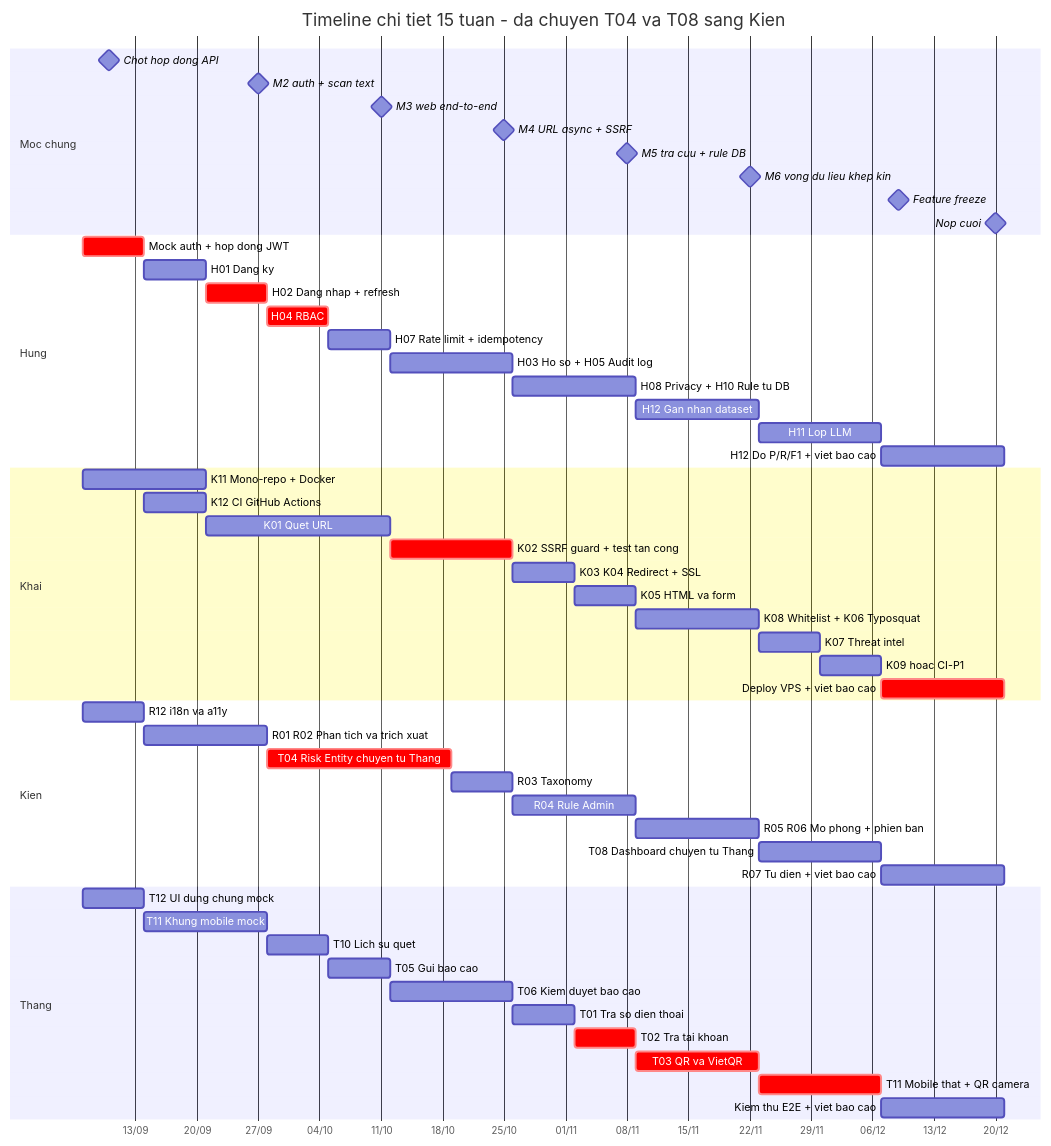
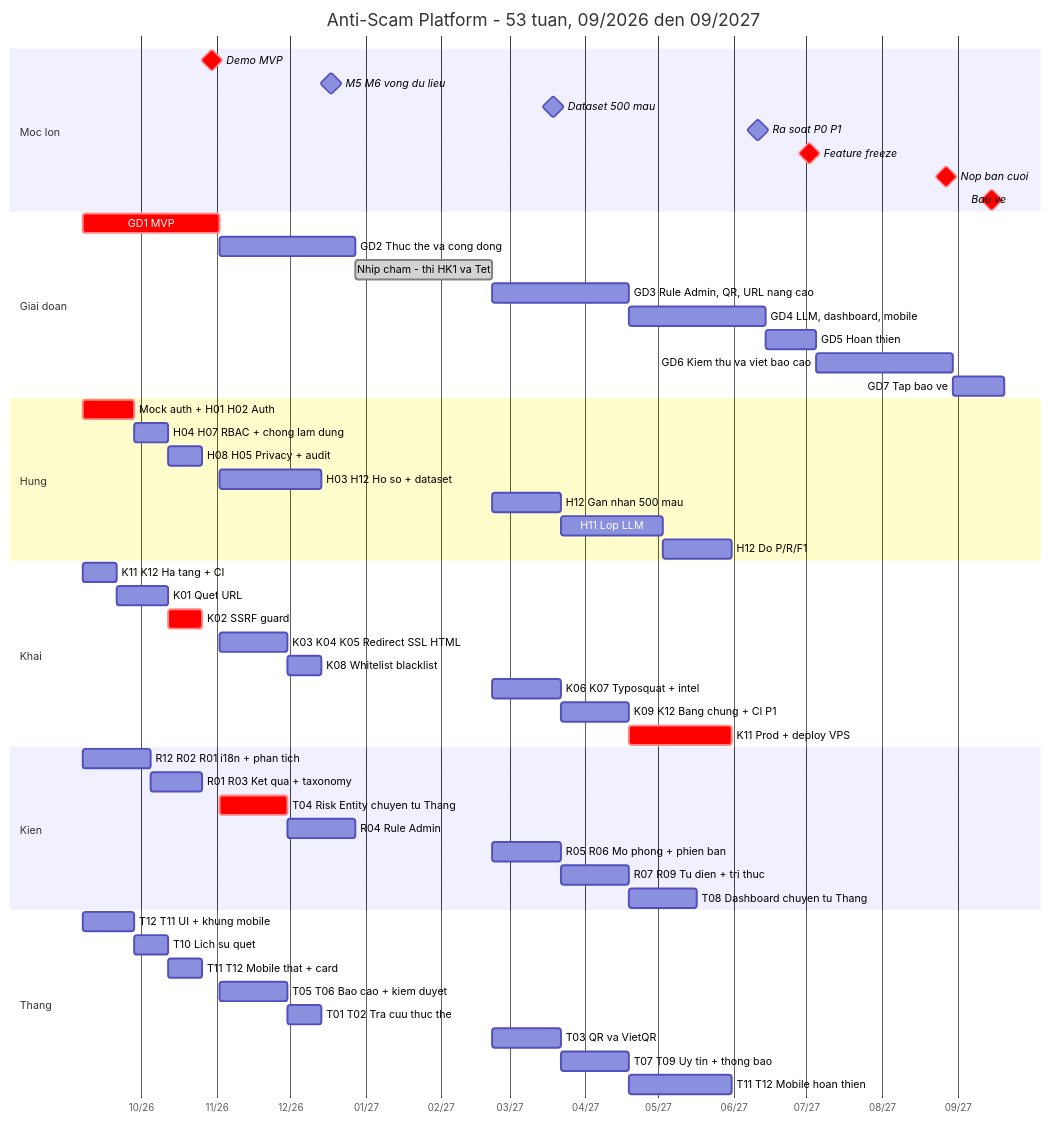
One commit to KLTN-2023-HCMSU/document changed the diagram in Week6/04_Timeline_chi_tiet/Timeline_chi_tiet_theo_tuan.md. Above: the diagram before and after it, drawn with Mermaid. The commit also changed other lines of this file and 3 other files, not shown here.

Commit message:
Hùng: Chỉnh lại Timeline

````diff
--- a/Week6/04_Timeline_chi_tiet/Timeline_chi_tiet_theo_tuan.md
+++ b/Week6/04_Timeline_chi_tiet/Timeline_chi_tiet_theo_tuan.md
@@ -400,62 +540,63 @@
 ```mermaid
 gantt
     dateFormat YYYY-MM-DD
-    axisFormat %d/%m
-    title Timeline chi tiet 15 tuan - da chuyen T04 va T08 sang Kien
+    axisFormat %m/%y
+    title Anti-Scam Platform - 53 tuan, 09/2026 den 09/2027
 
-    section Moc chung
-    Chot hop dong API        :milestone, m0, 2026-09-10, 0d
-    M2 auth + scan text      :milestone, m2, 2026-09-27, 0d
-    M3 web end-to-end        :milestone, m3, 2026-10-11, 0d
-    M4 URL async + SSRF      :milestone, m4, 2026-10-25, 0d
-    M5 tra cuu + rule DB     :milestone, m5, 2026-11-08, 0d
-    M6 vong du lieu khep kin :milestone, m6, 2026-11-22, 0d
-    Feature freeze           :milestone, mf, 2026-12-09, 0d
-    Nop cuoi                 :milestone, mz, 2026-12-20, 0d
+    section Moc lon
+    Demo MVP              :milestone, crit, mvp, 2026-10-30, 0d
+    M5 M6 vong du lieu    :milestone, m6, 2026-12-18, 0d
+    Dataset 500 mau       :milestone, ds, 2027-03-19, 0d
+    Ra soat P0 P1         :milestone, rv, 2027-06-11, 0d
+    Feature freeze        :milestone, crit, ff, 2027-07-02, 0d
+    Nop ban cuoi          :milestone, crit, sub, 2027-08-27, 0d
+    Bao ve                :milestone, crit, def, 2027-09-15, 0d
+
+    section Giai doan
+    GD1 MVP                          :crit, g1, 2026-09-07, 56d
+    GD2 Thuc the va cong dong        :g2, 2026-11-02, 56d
+    Nhip cham - thi HK1 va Tet       :done, g0, 2026-12-28, 56d
+    GD3 Rule Admin, QR, URL nang cao :g3, 2027-02-22, 56d
+    GD4 LLM, dashboard, mobile       :g4, 2027-04-19, 56d
+    GD5 Hoan thien                   :g5, 2027-06-14, 21d
+    GD6 Kiem thu va viet bao cao     :g6, 2027-07-05, 56d
+    GD7 Tap bao ve                   :g7, 2027-08-30, 21d
 
     section Hung
-    Mock auth + hop dong JWT     :crit, h0, 2026-09-07, 7d
-    H01 Dang ky                  :h1, 2026-09-14, 7d
-    H02 Dang nhap + refresh      :crit, h2, 2026-09-21, 7d
-    H04 RBAC                     :crit, h3, 2026-09-28, 7d
-    H07 Rate limit + idempotency :h4, 2026-10-05, 7d
-    H03 Ho so + H05 Audit log    :h5, 2026-10-12, 14d
-    H08 Privacy + H10 Rule tu DB :h6, 2026-10-26, 14d
-    H12 Gan nhan dataset         :h7, 2026-11-09, 14d
-    H11 Lop LLM                  :h8, 2026-11-23, 14d
-    H12 Do P/R/F1 + viet bao cao :h9, 2026-12-07, 14d
+    Mock auth + H01 H02 Auth  :crit, h1, 2026-09-07, 21d
+    H04 H07 RBAC + chong lam dung :h2, 2026-09-28, 14d
+    H08 H05 Privacy + audit   :h3, 2026-10-12, 14d
+    H03 H12 Ho so + dataset   :h4, 2026-11-02, 42d
+    H12 Gan nhan 500 mau      :h5, 2027-02-22, 28d
+    H11 Lop LLM               :h6, 2027-03-22, 42d
+    H12 Do P/R/F1             :h7, 2027-05-03, 28d
 
     section Khai
-    K11 Mono-repo + Docker        :k0, 2026-09-07, 14d
-    K12 CI GitHub Actions         :k1, 2026-09-14, 7d
-    K01 Quet URL                  :k2, 2026-09-21, 21d
-    K02 SSRF guard + test tan cong :crit, k3, 2026-10-12, 14d
-    K03 K04 Redirect + SSL        :k4, 2026-10-26, 7d
-    K05 HTML va form              :k5, 2026-11-02, 7d
-    K08 Whitelist + K06 Typosquat :k6, 2026-11-09, 14d
-    K07 Threat intel              :k7, 2026-11-23, 7d
-    K09 hoac CI-P1                :k8, 2026-11-30, 7d
-    Deploy VPS + viet bao cao     :crit, k9, 2026-12-07, 14d
+    K11 K12 Ha tang + CI      :k1, 2026-09-07, 14d
+    K01 Quet URL              :k2, 2026-09-21, 21d
+    K02 SSRF guard            :crit, k3, 2026-10-12, 14d
+    K03 K04 K05 Redirect SSL HTML :k4, 2026-11-02, 28d
+    K08 Whitelist blacklist   :k5, 2026-11-30, 14d
+    K06 K07 Typosquat + intel :k6, 2027-02-22, 28d
+    K09 K12 Bang chung + CI P1 :k7, 2027-03-22, 28d
+    K11 Prod + deploy VPS     :crit, k8, 2027-04-19, 42d
 
     section Kien
-    R12 i18n va a11y                  :r0, 2026-09-07, 7d
-    R01 R02 Phan tich va trich xuat   :r1, 2026-09-14, 14d
-    T04 Risk Entity chuyen tu Thang   :crit, r2, 2026-09-28, 21d
-    R03 Taxonomy                      :r3, 2026-10-19, 7d
-    R04 Rule Admin                    :r4, 2026-10-26, 14d
-    R05 R06 Mo phong + phien ban      :r5, 2026-11-09, 14d
-    T08 Dashboard chuyen tu Thang     :r6, 2026-11-23, 14d
-    R07 Tu dien + viet bao cao        :r7, 2026-12-07, 14d
+    R12 R02 R01 i18n + phan tich :r1, 2026-09-07, 28d
+    R01 R03 Ket qua + taxonomy   :r2, 2026-10-05, 21d
+    T04 Risk Entity chuyen tu Thang :crit, r3, 2026-11-02, 28d
+    R04 Rule Admin               :r4, 2026-11-30, 28d
+    R05 R06 Mo phong + phien ban :r5, 2027-02-22, 28d
+    R07 R09 Tu dien + tri thuc   :r6, 2027-03-22, 28d
+    T08 Dashboard chuyen tu Thang :r7, 2027-04-19, 28d
 
     section Thang
-    T12 UI dung chung mock       :t0, 2026-09-07, 7d
-    T11 Khung mobile mock        :t1, 2026-09-14, 14d
-    T10 Lich su quet             :t2, 2026-09-28, 7d
-    T05 Gui bao cao              :t3, 2026-10-05, 7d
-    T06 Kiem duyet bao cao       :t4, 2026-10-12, 14d
-    T01 Tra so dien thoai        :t5, 2026-10-26, 7d
-    T02 Tra tai khoan            :crit, t6, 2026-11-02, 7d
-    T03 QR va VietQR             :crit, t7, 2026-11-09, 14d
-    T11 Mobile that + QR camera  :crit, t8, 2026-11-23, 14d
-    Kiem thu E2E + viet bao cao  :t9, 2026-12-07, 14d
+    T12 T11 UI + khung mobile :t1, 2026-09-07, 21d
+    T10 Lich su quet          :t2, 2026-09-28, 14d
+    T11 T12 Mobile that + card :t3, 2026-10-12, 14d
+    T05 T06 Bao cao + kiem duyet :t4, 2026-11-02, 28d
+    T01 T02 Tra cuu thuc the  :t5, 2026-11-30, 14d
+    T03 QR va VietQR          :t6, 2027-02-22, 28d
+    T07 T09 Uy tin + thong bao :t7, 2027-03-22, 28d
+    T11 T12 Mobile hoan thien :t8, 2027-04-19, 42d
 ```
````
